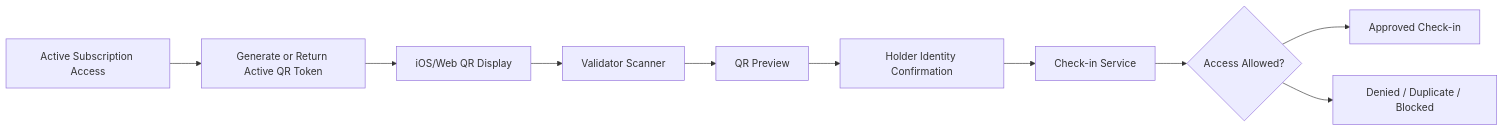
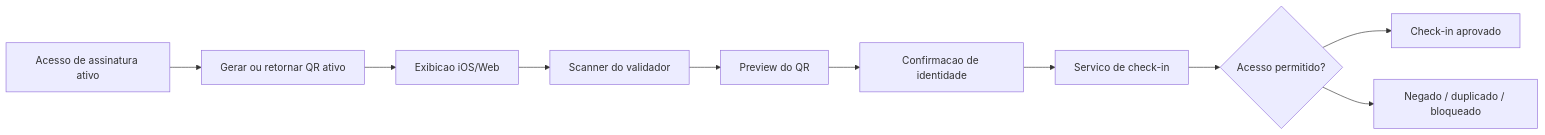
Before and after one commit to filpe19/club-pass-belem-case-study: the fourth of 4 diagrams in README.md, drawn with Mermaid. The commit also changed other lines of this file, not shown here.

````diff
--- a/README.md
+++ b/README.md
@@ -199,12 +170,12 @@
 ```mermaid
 flowchart LR
-    A[Active Subscription Access] --> B[Generate or Return Active QR Token]
-    B --> C[iOS/Web QR Display]
-    C --> D[Validator Scanner]
-    D --> E[QR Preview]
-    E --> F[Holder Identity Confirmation]
-    F --> G[Check-in Service]
-    G --> H{Access Allowed?}
-    H --> I[Approved Check-in]
-    H --> J[Denied / Duplicate / Blocked]
+    A[Acesso de assinatura ativo] --> B[Gerar ou retornar QR ativo]
+    B --> C[Exibicao iOS/Web]
+    C --> D[Scanner do validador]
+    D --> E[Preview do QR]
+    E --> F[Confirmacao de identidade]
+    F --> G[Servico de check-in]
+    G --> H{Acesso permitido?}
+    H --> I[Check-in aprovado]
+    H --> J[Negado / duplicado / bloqueado]
 ```
````
